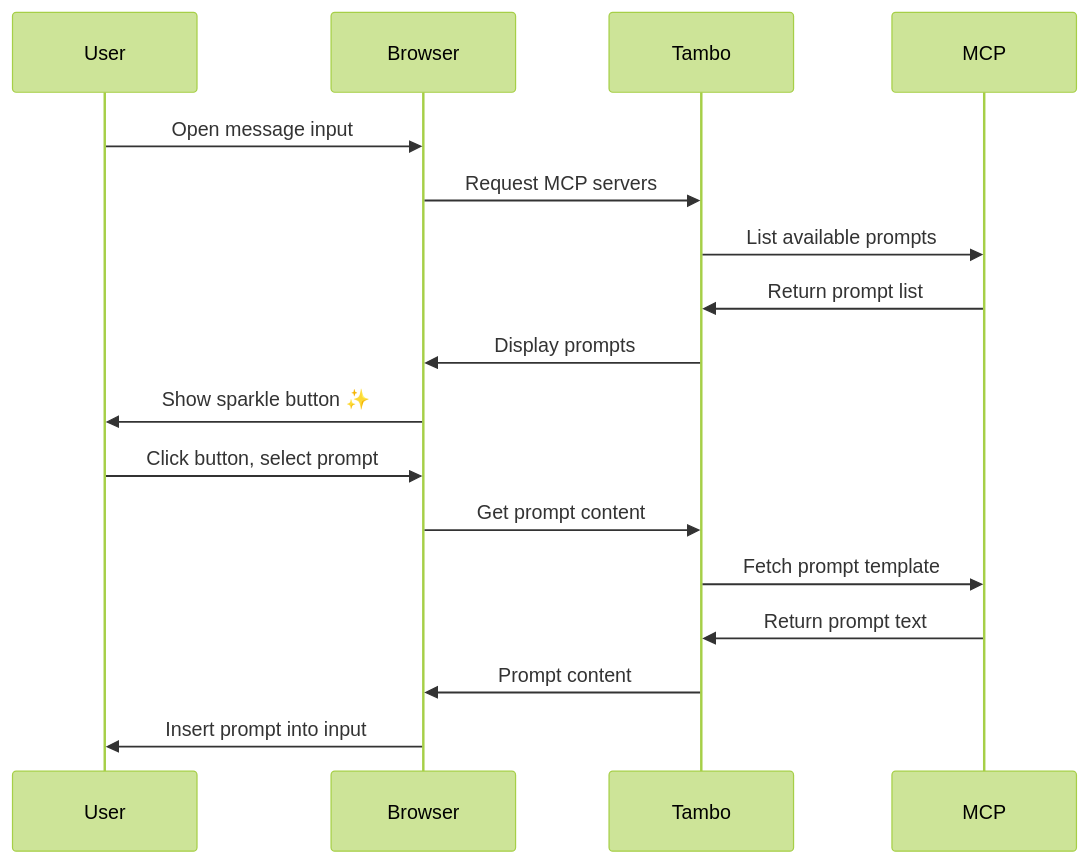
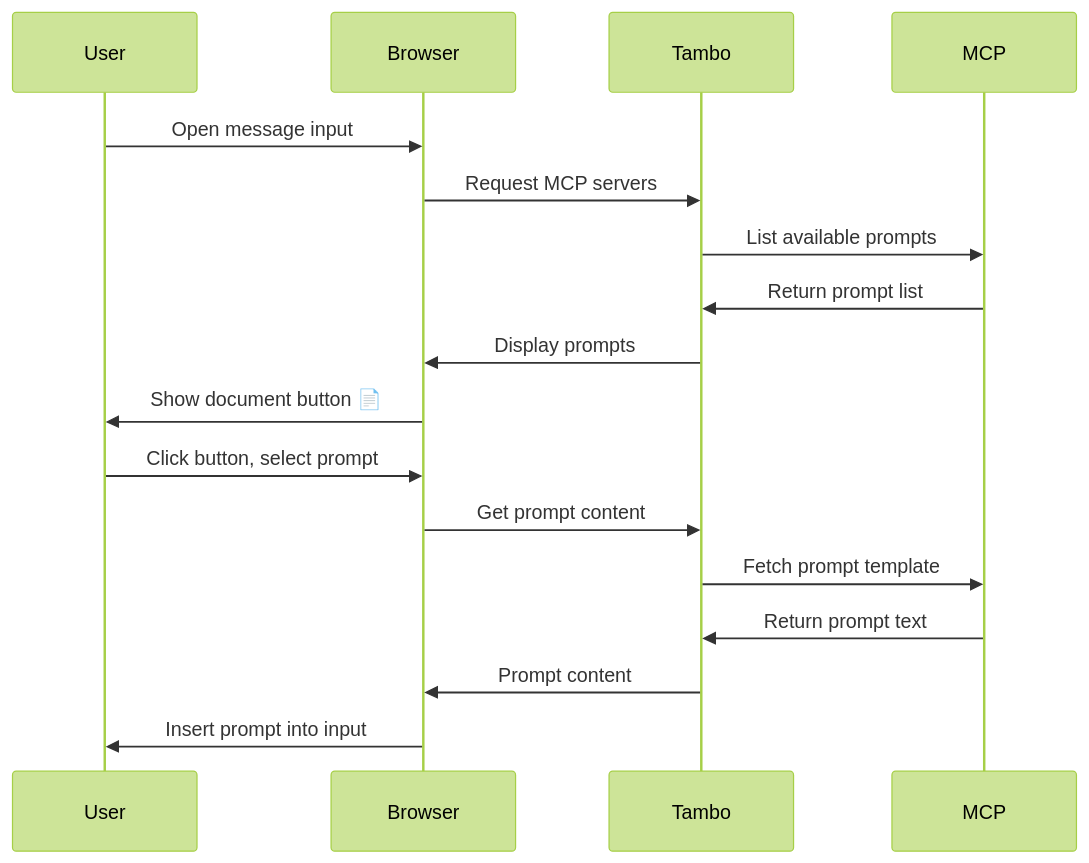
One commit to tambo-ai/tambo changed the diagram in docs/content/docs/concepts/model-context-protocol/features/prompts.mdx. Above: the diagram before and after it, drawn with Mermaid (forest theme).

Commit message:
docs(prompts): update sequence diagram to show document icon (📄) instead of sparkles

````diff
--- a/docs/content/docs/concepts/model-context-protocol/features/prompts.mdx
+++ b/docs/content/docs/concepts/model-context-protocol/features/prompts.mdx
@@ -46,20 +46,20 @@
 ```mermaid
 sequenceDiagram
     participant User
     participant Browser
     participant Tambo
     participant MCP
 
     User->>Browser: Open message input
     Browser->>Tambo: Request MCP servers
     Tambo->>MCP: List available prompts
     MCP->>Tambo: Return prompt list
     Tambo->>Browser: Display prompts
-    Browser->>User: Show sparkle button ✨
+    Browser->>User: Show document button 📄
     User->>Browser: Click button, select prompt
     Browser->>Tambo: Get prompt content
     Tambo->>MCP: Fetch prompt template
     MCP->>Tambo: Return prompt text
     Tambo->>Browser: Prompt content
     Browser->>User: Insert prompt into input
 ```
````
